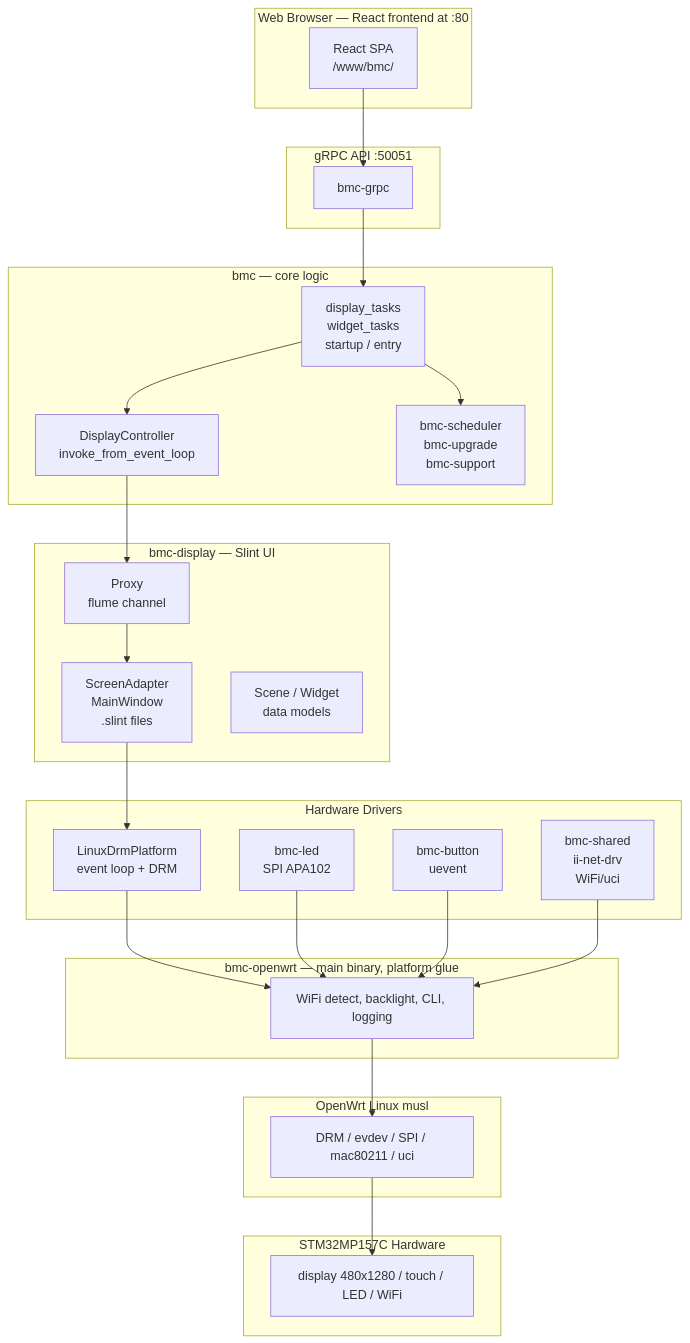
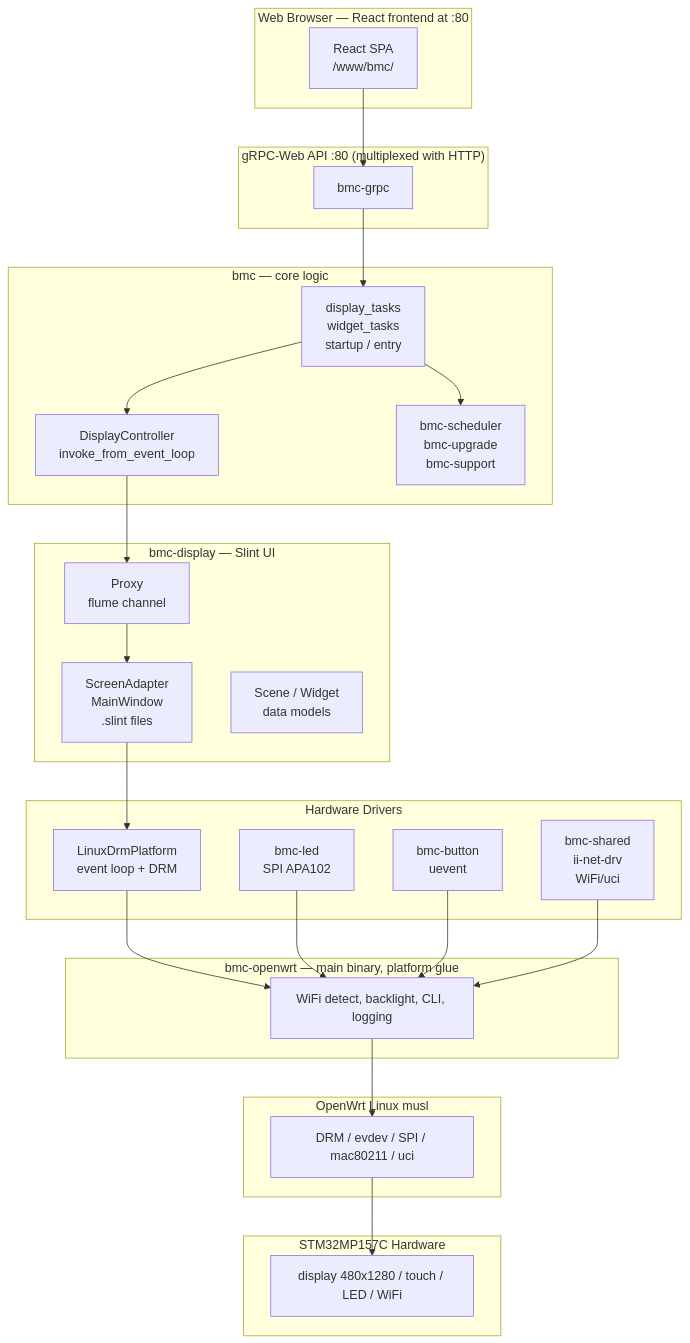
One commit to BraiinsForge/bmc-main changed the diagram in docs/architecture/charts/software-stack.mermaid. Above: the diagram before and after it, drawn with Mermaid. The commit also changed 7 other files, not shown here.

```diff
--- a/docs/architecture/charts/software-stack.mermaid
+++ b/docs/architecture/charts/software-stack.mermaid
@@ -1,54 +1,54 @@
 graph TD
 
     subgraph frontend["Web Browser — React frontend at :80"]
         FE["React SPA\n/www/bmc/"]
     end
 
-    subgraph api["gRPC API :50051"]
+    subgraph api["gRPC-Web API :80 (multiplexed with HTTP)"]
         GRPC["bmc-grpc"]
     end
 
     subgraph core["bmc — core logic"]
         DT["display_tasks\nwidget_tasks\nstartup / entry"]
         DC["DisplayController\ninvoke_from_event_loop"]
         SCHED["bmc-scheduler\nbmc-upgrade\nbmc-support"]
     end
 
     subgraph display["bmc-display — Slint UI"]
         SA["ScreenAdapter\nMainWindow\n.slint files"]
         PROXY["Proxy\nflume channel"]
         MODELS["Scene / Widget\ndata models"]
     end
 
     subgraph drivers["Hardware Drivers"]
         LED["bmc-led\nSPI APA102"]
         DRM["LinuxDrmPlatform\nevent loop + DRM"]
         BTN["bmc-button\nuevent"]
         WIFI["bmc-shared\nii-net-drv\nWiFi/uci"]
     end
 
     subgraph platform["bmc-openwrt — main binary, platform glue"]
         PLAT["WiFi detect, backlight, CLI, logging"]
     end
 
     subgraph os["OpenWrt Linux musl"]
         OS["DRM / evdev / SPI / mac80211 / uci"]
     end
 
     subgraph hw["STM32MP157C Hardware"]
         HW["display 480x1280 / touch / LED / WiFi"]
     end
 
     FE --> GRPC
     GRPC --> DT
     DT --> DC
     DC --> PROXY
     PROXY --> SA
     DT --> SCHED
     SA --> DRM
     DRM --> PLAT
     LED --> PLAT
     BTN --> PLAT
     WIFI --> PLAT
     PLAT --> OS
     OS --> HW
```
